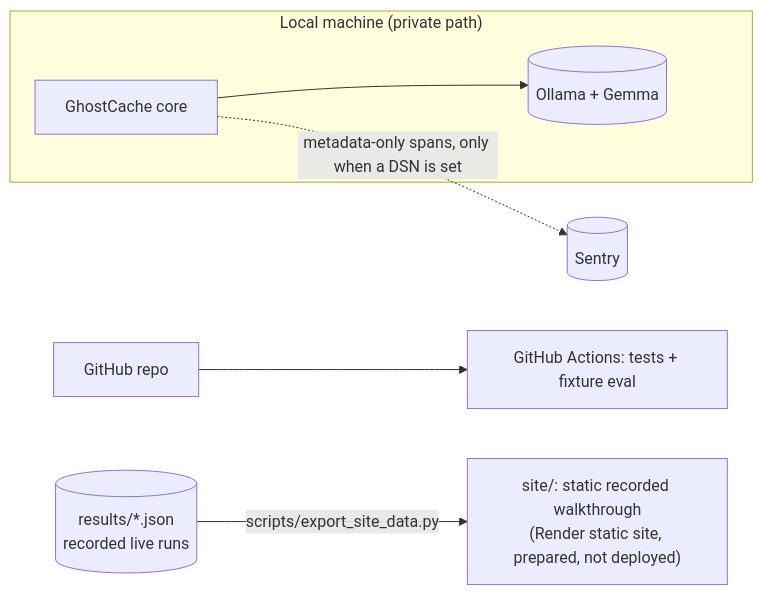
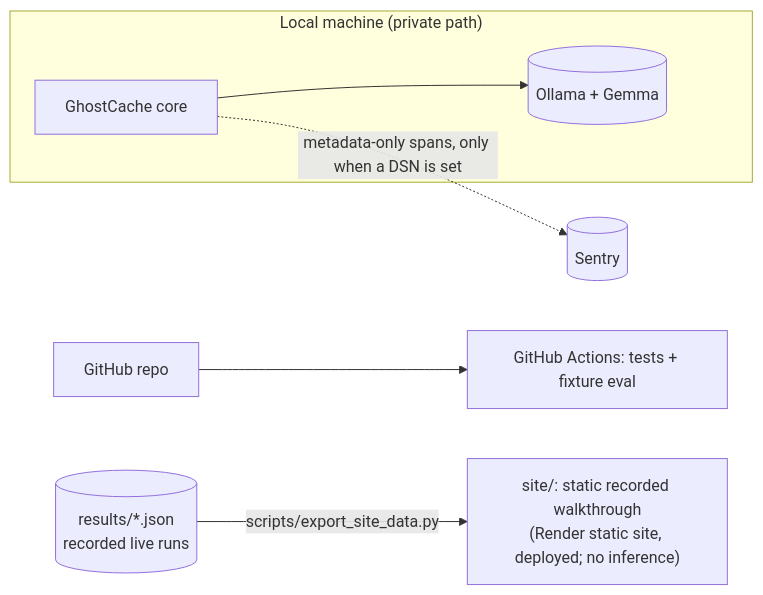
Before and after one commit to bipul724/GhostCache: the fifth of 5 diagrams in architecture.md, drawn with Mermaid. The commit also changed other lines of this file and 25 other files, not shown here.

Commit message:
Document Render deployment and add walkthrough screenshots

````diff
--- a/architecture.md
+++ b/architecture.md
@@ -399,9 +399,9 @@
 ```mermaid
 flowchart LR
     subgraph Local["Local machine (private path)"]
         App[GhostCache core] --> Ollama[(Ollama + Gemma)]
     end
     App -. metadata-only spans, only when a DSN is set .-> Sentry[(Sentry)]
     GH[GitHub repo] --> GHA[GitHub Actions: tests + fixture eval]
-    Reports[(results/*.json<br/>recorded live runs)] -- scripts/export_site_data.py --> Site["site/: static recorded walkthrough<br/>(Render static site, prepared, not deployed)"]
+    Reports[(results/*.json<br/>recorded live runs)] -- scripts/export_site_data.py --> Site["site/: static recorded walkthrough<br/>(Render static site, deployed; no inference)"]
 ```
````
